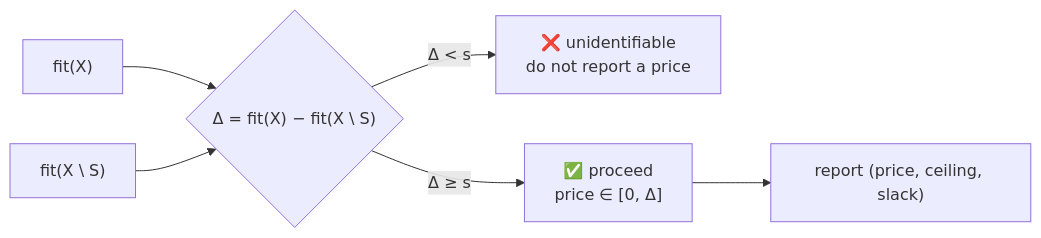
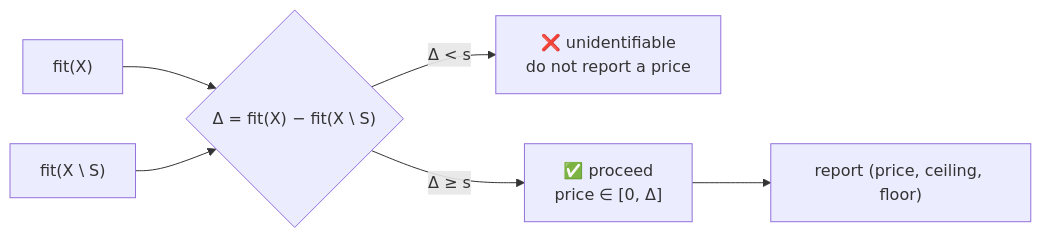
Before and after one commit to BorisKriuk/The-Cost-of-a-Physics-Prior-Is-Bounded-by-the-Ablation-Gap: the diagram in README.md, drawn with Mermaid. The commit also changed other lines of this file, not shown here.

````diff
--- a/README.md
+++ b/README.md
@@ -92,8 +92,8 @@
 ```mermaid
 flowchart LR
     A["fit(X)"] --> C{"Δ = fit(X) − fit(X \ S)"}
     B["fit(X \ S)"] --> C
     C -- "Δ < s" --> D["❌ unidentifiable<br/>do not report a price"]
     C -- "Δ ≥ s" --> E["✅ proceed<br/>price ∈ [0, Δ]"]
-    E --> F["report (price, ceiling, slack)"]
+    E --> F["report (price, ceiling, floor)"]
 ```
````
